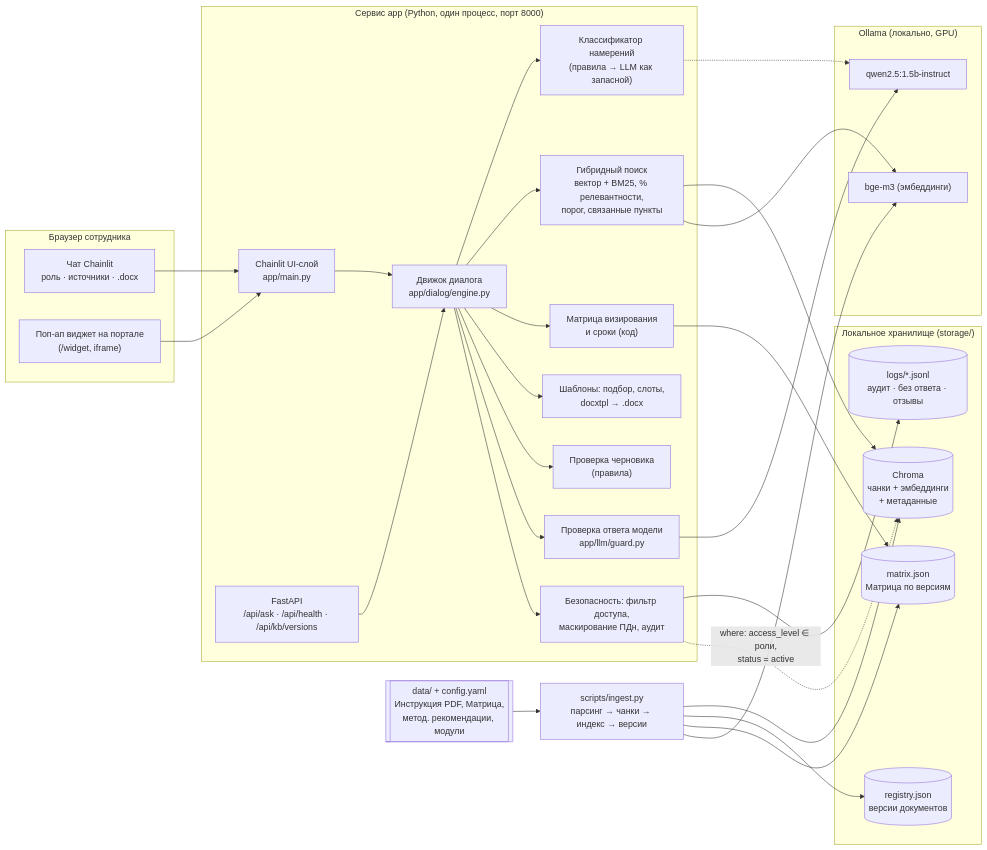
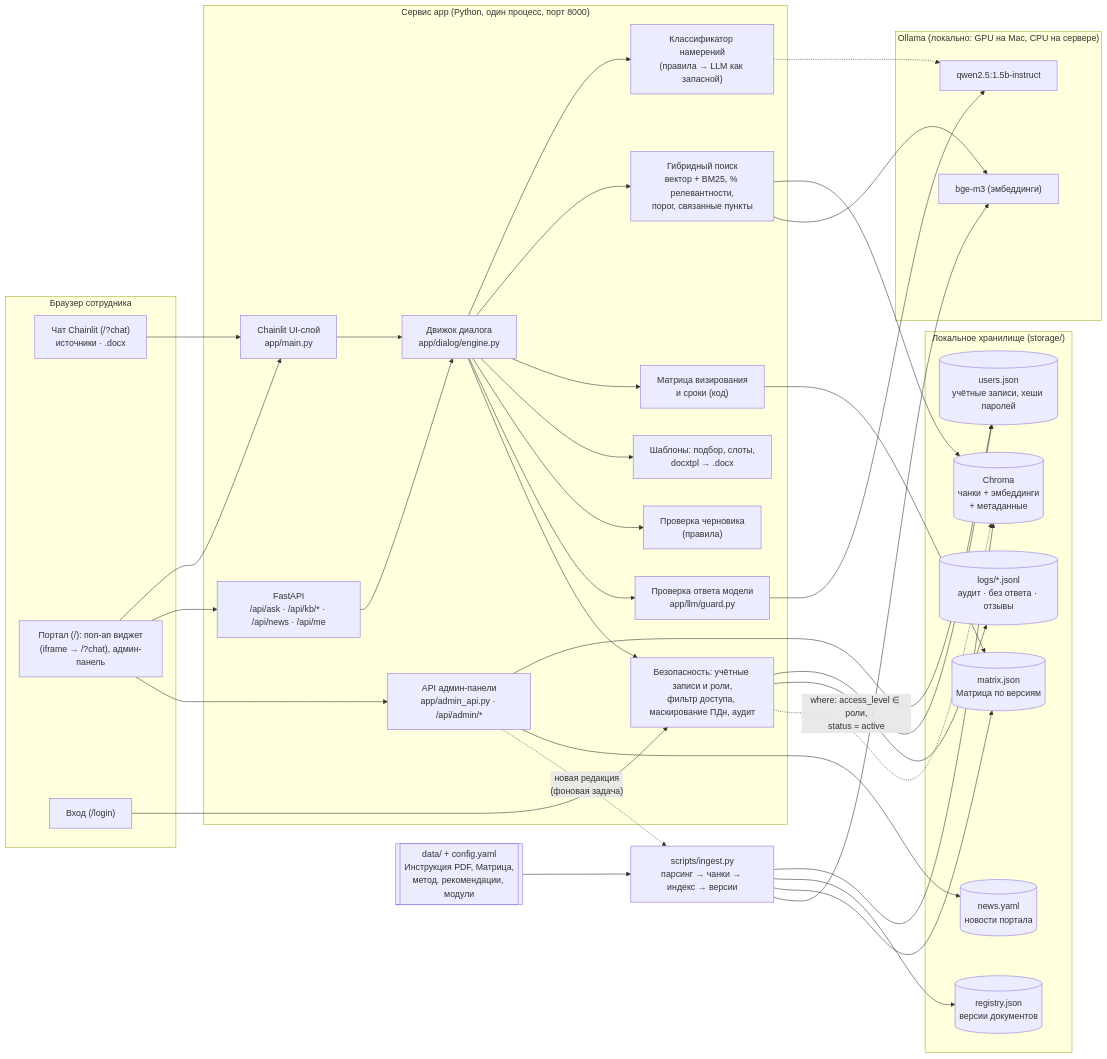
The first of 2 diagrams in docs/architecture.md (LomashAD/hackathon2026dgtu), drawn with Mermaid before and after one commit. The commit also changed other lines of this file and 7 other files, not shown here.

First line of the commit message:
Docs: актуальная архитектура (вход, админ-панель, стенд), сценарий демо со стендом, замеры сервера и Mac

````diff
--- a/docs/architecture.md
+++ b/docs/architecture.md
@@ -9,53 +9,63 @@
 ```mermaid
 flowchart LR
   subgraph Client["Браузер сотрудника"]
-    UI["Чат Chainlit<br/>роль · источники · .docx"]
-    W["Поп-ап виджет на портале<br/>(/widget, iframe)"]
+    UI["Чат Chainlit (/?chat)<br/>источники · .docx"]
+    W["Портал (/): поп-ап виджет<br/>(iframe → /?chat), админ-панель"]
+    LG["Вход (/login)"]
   end
 
   subgraph App["Сервис app (Python, один процесс, порт 8000)"]
     CH["Chainlit UI-слой<br/>app/main.py"]
-    API["FastAPI<br/>/api/ask · /api/health · /api/kb/versions"]
+    API["FastAPI<br/>/api/ask · /api/kb/* · /api/news · /api/me"]
+    ADM["API админ-панели<br/>app/admin_api.py · /api/admin/*"]
     ENG["Движок диалога<br/>app/dialog/engine.py"]
     INT["Классификатор намерений<br/>(правила → LLM как запасной)"]
     RET["Гибридный поиск<br/>вектор + BM25, % релевантности,<br/>порог, связанные пункты"]
     APR["Матрица визирования<br/>и сроки (код)"]
     TPL["Шаблоны: подбор, слоты,<br/>docxtpl → .docx"]
     REV["Проверка черновика<br/>(правила)"]
-    SEC["Безопасность: фильтр доступа,<br/>маскирование ПДн, аудит"]
+    SEC["Безопасность: учётные записи и роли,<br/>фильтр доступа, маскирование ПДн, аудит"]
     GRD["Проверка ответа модели<br/>app/llm/guard.py"]
   end
 
   subgraph Store["Локальное хранилище (storage/)"]
     CHR[("Chroma<br/>чанки + эмбеддинги<br/>+ метаданные")]
     REG[("registry.json<br/>версии документов")]
     MTX[("matrix.json<br/>Матрица по версиям")]
     LOG[("logs/*.jsonl<br/>аудит · без ответа · отзывы")]
+    USR[("users.json<br/>учётные записи, хеши паролей")]
+    NWS[("news.yaml<br/>новости портала")]
   end
 
-  subgraph LLM["Ollama (локально, GPU)"]
+  subgraph LLM["Ollama (локально: GPU на Mac, CPU на сервере)"]
     Q["qwen2.5:1.5b-instruct"]
     E["bge-m3 (эмбеддинги)"]
   end
 
   DATA[["data/ + config.yaml<br/>Инструкция PDF, Матрица,<br/>метод. рекомендации, модули"]]
   ING["scripts/ingest.py<br/>парсинг → чанки → индекс → версии"]
 
+  LG --> SEC
   UI --> CH --> ENG
   W --> CH
-  API --> ENG
+  W --> API --> ENG
+  W --> ADM
+  ADM --> USR
+  ADM --> NWS
+  ADM -. "новая редакция<br/>(фоновая задача)" .-> ING
+  SEC --> USR
   ENG --> INT
   ENG --> RET --> CHR
   RET --> E
   ENG --> APR --> MTX
   ENG --> TPL
   ENG --> REV
   ENG --> GRD --> Q
   INT -.-> Q
   ENG --> SEC --> LOG
   SEC -. "where: access_level ∈ роли,<br/>status = active" .-> CHR
   DATA --> ING --> CHR
   ING --> REG
   ING --> MTX
   ING --> E
 ```
````
